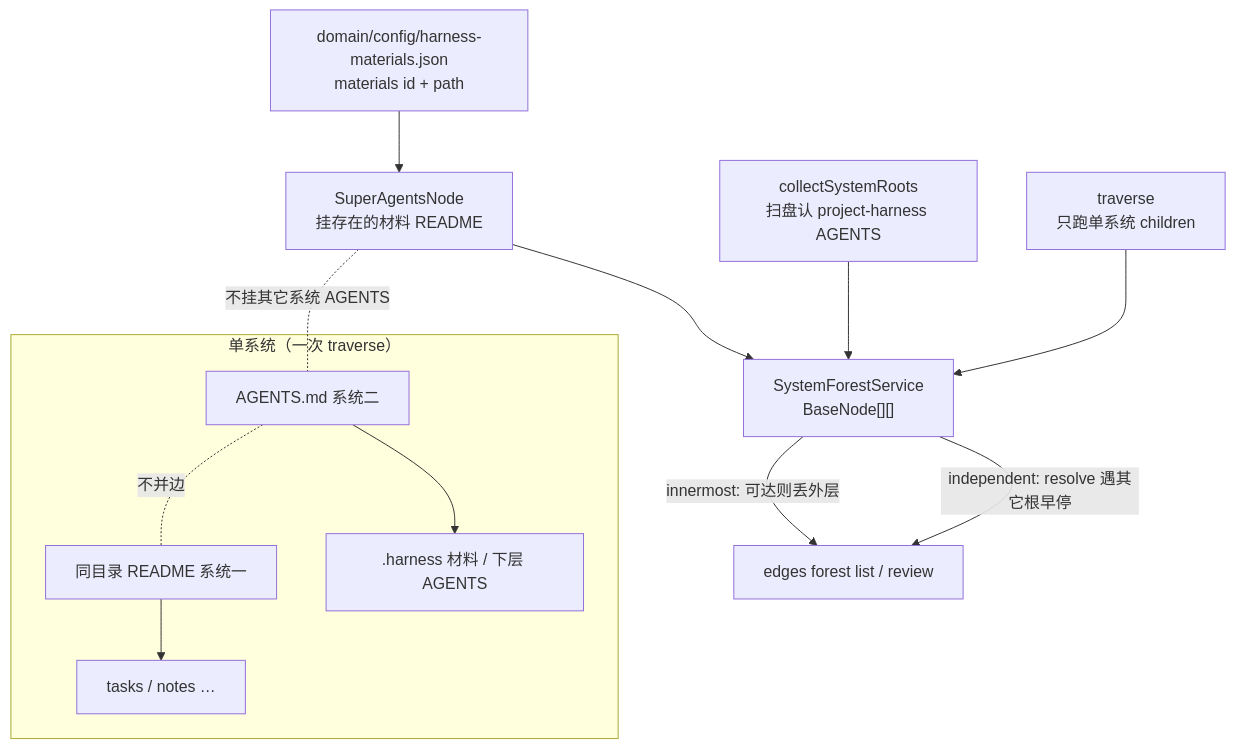
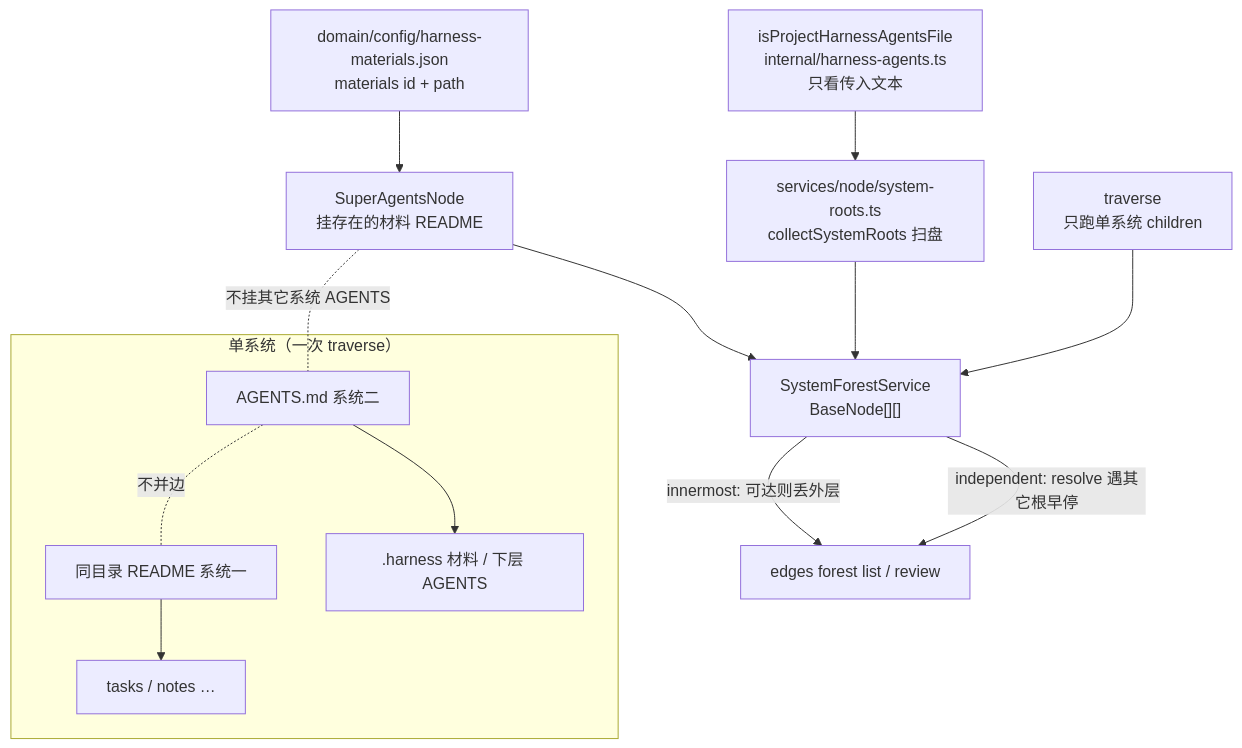
One commit to VirusPC/edges changed the first of 6 diagrams in extensions/cli/src/domain/models/README.md. Above: the diagram before and after it, drawn with Mermaid. The commit also changed other lines of this file and 9 other files, not shown here.

````diff
--- a/extensions/cli/src/domain/models/README.md
+++ b/extensions/cli/src/domain/models/README.md
@@ -20,17 +20,18 @@
 ```mermaid
 flowchart TB
   CFG["domain/config/harness-materials.json<br/>materials id + path"]
   CFG --> SUPER["SuperAgentsNode<br/>挂存在的材料 README"]
-  SCAN["collectSystemRoots<br/>扫盘认 project-harness AGENTS"] --> SFS
+  MARK["isProjectHarnessAgentsFile<br/>internal/harness-agents.ts<br/>只看传入文本"] --> SCAN["services/node/system-roots.ts<br/>collectSystemRoots 扫盘"]
+  SCAN --> SFS
   SUPER --> SFS["SystemForestService<br/>BaseNode[][]"]
   TRAV["traverse<br/>只跑单系统 children"] --> SFS
   SFS -->|"independent: resolve 遇其它根早停"| OUT["edges forest list / review"]
   SFS -->|"innermost: 可达则丢外层"| OUT
 
   subgraph single["单系统（一次 traverse）"]
     A["AGENTS.md 系统二"] --> H[".harness 材料 / 下层 AGENTS"]
     R["同目录 README 系统一"] --> T["tasks / notes …"]
   end
   A -. "不并边" .- R
   SUPER -. "不挂其它系统 AGENTS" .- A
 ```
````
